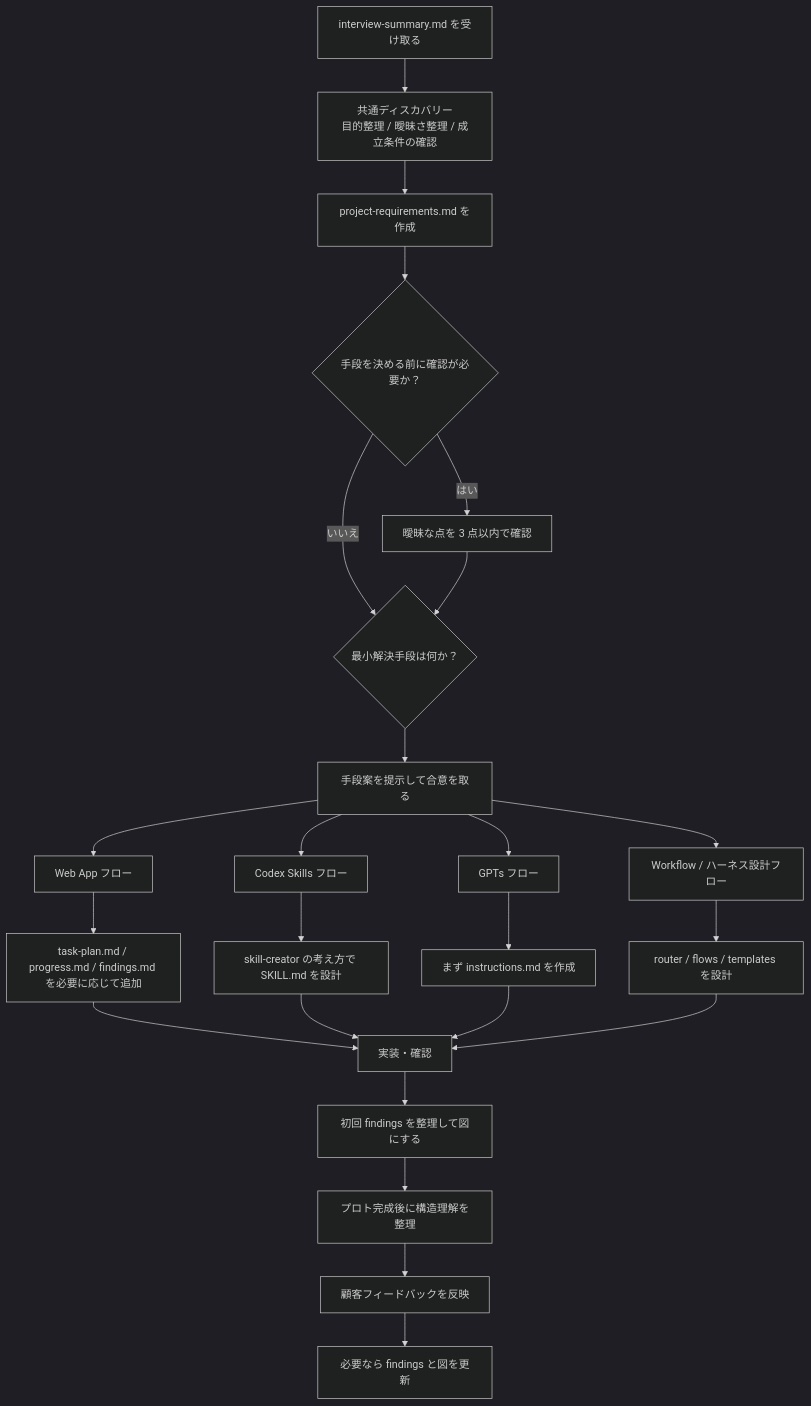
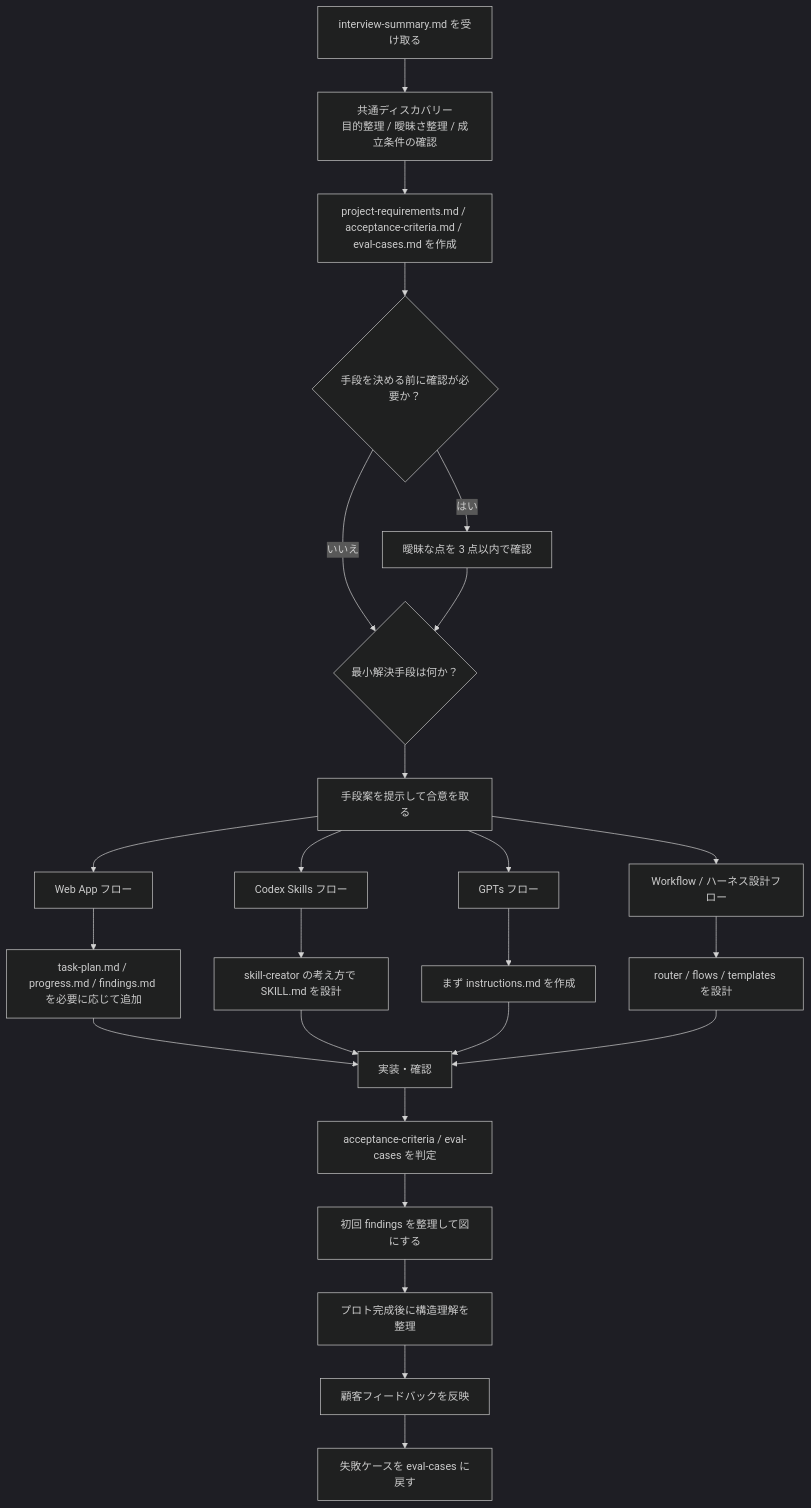
The first of 5 diagrams in README.md (ryota-nakazawa/ultra_sprint_harness), drawn with Mermaid (dark theme) before and after one commit. The commit also changed other lines of this file and 47 other files, not shown here.

````diff
--- a/README.md
+++ b/README.md
@@ -84,26 +86,27 @@
 ```mermaid
 flowchart TD
     A["interview-summary.md を受け取る"] --> B["共通ディスカバリー<br/>目的整理 / 曖昧さ整理 / 成立条件の確認"]
-    B --> C["project-requirements.md を作成"]
+    B --> C["project-requirements.md / acceptance-criteria.md / eval-cases.md を作成"]
     C --> D{"手段を決める前に確認が必要か？"}
     D -->|はい| E["曖昧な点を 3 点以内で確認"]
     D -->|いいえ| F{"最小解決手段は何か？"}
     E --> F
     F --> G["手段案を提示して合意を取る"]
     G --> H["Web App フロー"]
     G --> I["Codex Skills フロー"]
     G --> J["GPTs フロー"]
     G --> K["Workflow / ハーネス設計フロー"]
     H --> L["task-plan.md / progress.md / findings.md を必要に応じて追加"]
     I --> M["skill-creator の考え方で SKILL.md を設計"]
     J --> N["まず instructions.md を作成"]
     K --> O["router / flows / templates を設計"]
     L --> P["実装・確認"]
     M --> P
     N --> P
     O --> P
-    P --> Q["初回 findings を整理して図にする"]
-    Q --> R["プロト完成後に構造理解を整理"]
-    R --> S["顧客フィードバックを反映"]
-    S --> T["必要なら findings と図を更新"]
+    P --> Q["acceptance-criteria / eval-cases を判定"]
+    Q --> R["初回 findings を整理して図にする"]
+    R --> S["プロト完成後に構造理解を整理"]
+    S --> T["顧客フィードバックを反映"]
+    T --> U["失敗ケースを eval-cases に戻す"]
 ```
````
